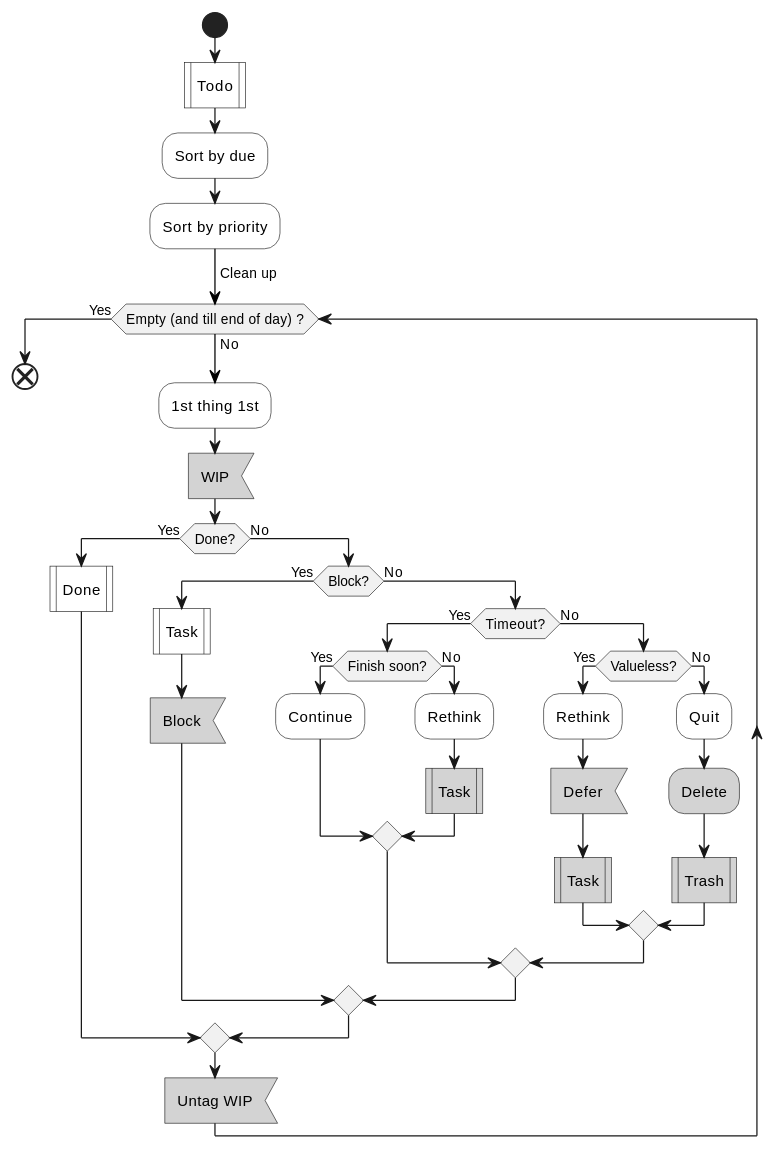
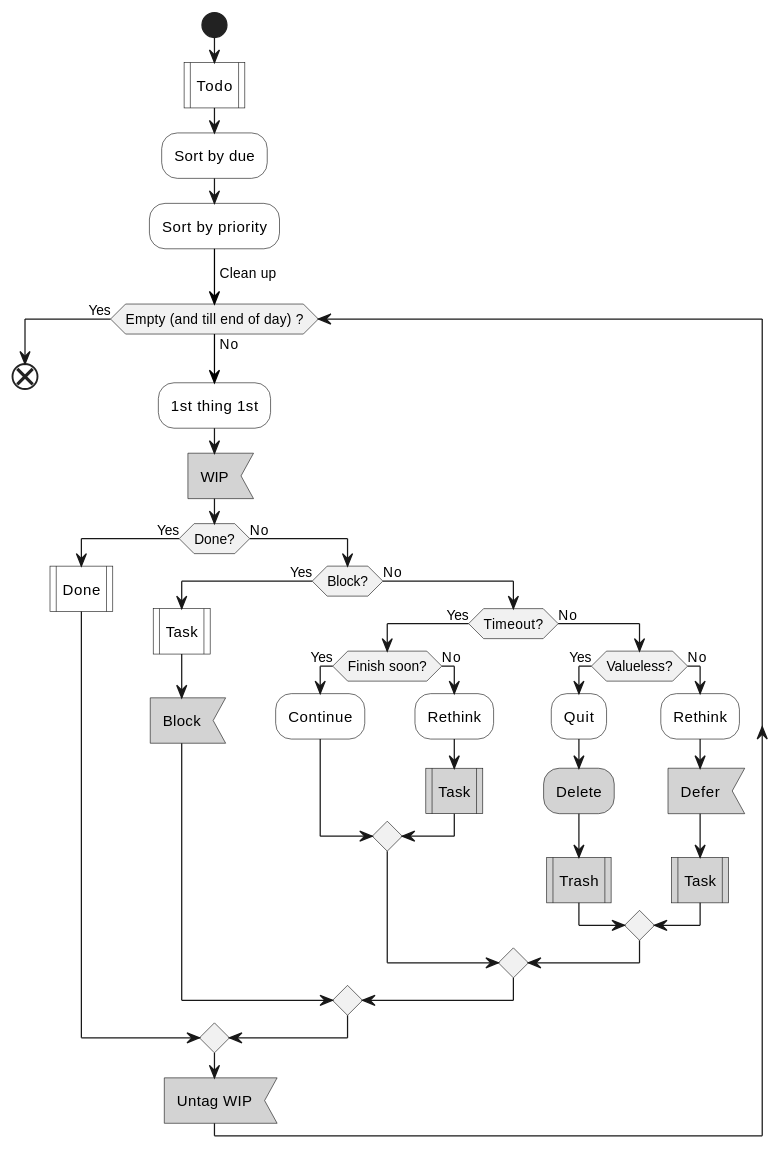
The third of 4 diagrams in lifelogs/rehabilitation.md (IceHe/icehe-lib), drawn with PlantUML before and after one commit. The commit also changed other lines of this file, not shown here.

````diff
--- a/lifelogs/rehabilitation.md
+++ b/lifelogs/rehabilitation.md
@@ -309,42 +309,42 @@
 ```plantuml
 @startuml
 start
 #white:Todo|
 #white:Sort by due;
 #white:Sort by priority;
 -[#black]-> Clean up;
 while (Empty (and till end of day) ?) is (No)
     #white:1st thing 1st;
     #lightGray:WIP<
     if (Done?) then (Yes)
         #white:Done|
     else (No)
         if (Block?) then (Yes)
             #white:Task|
             #lightGray:Block<
         else (No)
             if (Timeout?) then (Yes)
                 if (Finish soon?) then (Yes)
                     #white:Continue;
                 else (No)
                 #white:Rethink;
                 #lightGray:Task|
                 endif
             else (No)
                 if (Valueless?) then (Yes)
+                    #white:Quit;
+                    #lightGray:Delete;
+                    #lightGray:Trash|
+                else (No)
                     #white:Rethink;
                     #lightGray:Defer<
                     #lightGray:Task|
-                else (No)
-                    #white:Quit;
-                    #lightGray:Delete;
-                    #lightGray:Trash|
                 endif
             endif
         endif
     endif
     #lightGray:Untag WIP<
 endwhile (Yes)
 end
 @enduml
 ```
````
